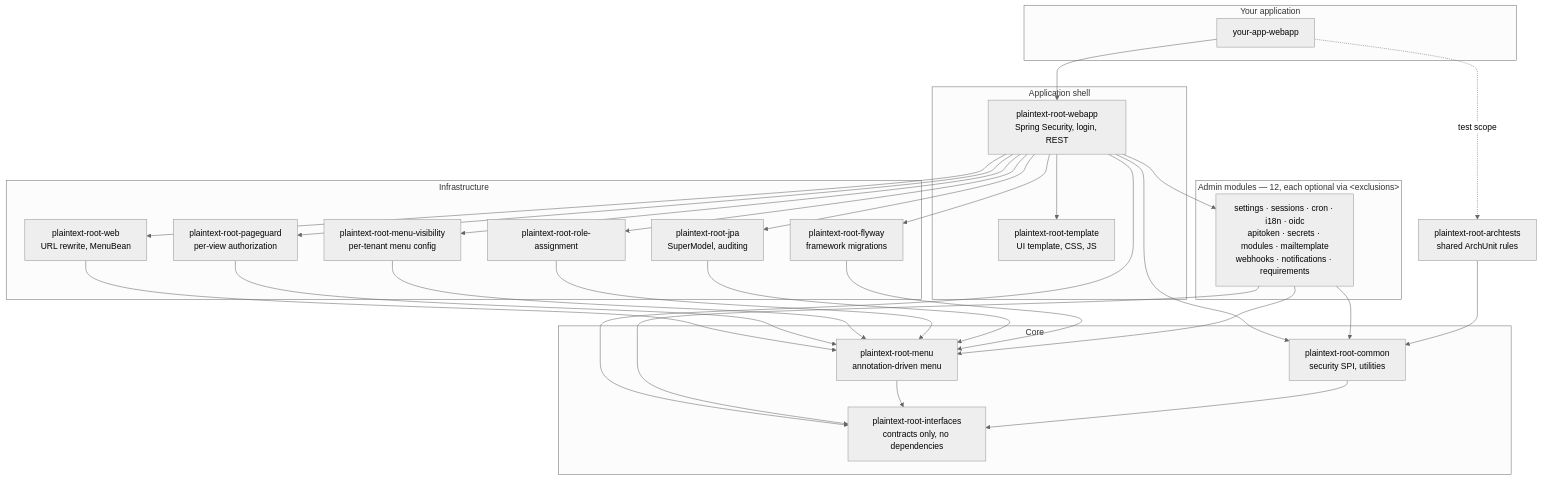
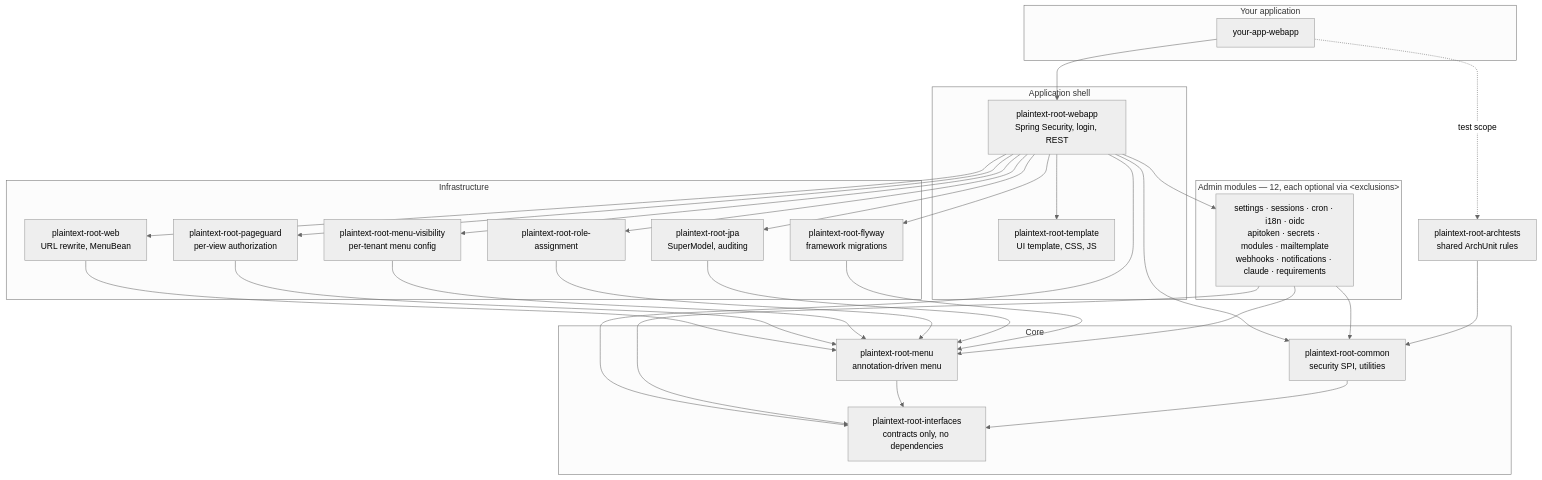
Before and after one commit to Plaintext-Gmbh/plaintext-root: the diagram in README.md, drawn with Mermaid (neutral theme). The commit also changed other lines of this file and 30 other files, not shown here.

First line of the commit message:
Karte 1560: Modul plaintext-admin-claude – Claude-API für alle Module und Monitoring-Seite (#337)

````diff
--- a/README.md
+++ b/README.md
@@ -28,60 +28,60 @@
 ```mermaid
 graph TD
     subgraph app["Your application"]
         APP[your-app-webapp]
     end
 
     subgraph shell["Application shell"]
         WEBAPP[plaintext-root-webapp<br/>Spring Security, login, REST]
         TEMPLATE[plaintext-root-template<br/>UI template, CSS, JS]
     end
 
     subgraph infra["Infrastructure"]
         WEB[plaintext-root-web<br/>URL rewrite, MenuBean]
         PAGEGUARD[plaintext-root-pageguard<br/>per-view authorization]
         VISIBILITY[plaintext-root-menu-visibility<br/>per-tenant menu config]
         ROLES[plaintext-root-role-assignment]
         JPA[plaintext-root-jpa<br/>SuperModel, auditing]
         FLYWAY[plaintext-root-flyway<br/>framework migrations]
     end
 
     subgraph admin["Admin modules — 12, each optional via &lt;exclusions&gt;"]
-        ADMIN[settings · sessions · cron · i18n · oidc<br/>apitoken · secrets · modules · mailtemplate<br/>webhooks · notifications · requirements]
+        ADMIN[settings · sessions · cron · i18n · oidc<br/>apitoken · secrets · modules · mailtemplate<br/>webhooks · notifications · claude · requirements]
     end
 
     subgraph core["Core"]
         MENU[plaintext-root-menu<br/>annotation-driven menu]
         COMMON[plaintext-root-common<br/>security SPI, utilities]
         IFACE[plaintext-root-interfaces<br/>contracts only, no dependencies]
     end
 
     ARCH[plaintext-root-archtests<br/>shared ArchUnit rules]
 
     APP --> WEBAPP
     APP -.->|test scope| ARCH
 
     WEBAPP --> TEMPLATE
     WEBAPP --> WEB
     WEBAPP --> PAGEGUARD
     WEBAPP --> VISIBILITY
     WEBAPP --> ROLES
     WEBAPP --> JPA
     WEBAPP --> FLYWAY
     WEBAPP --> ADMIN
     WEBAPP --> COMMON
     WEBAPP --> IFACE
 
     WEB --> MENU
     PAGEGUARD --> MENU
     VISIBILITY --> MENU
     ROLES --> MENU
     JPA --> MENU
     FLYWAY --> MENU
     ADMIN --> MENU
     ADMIN --> COMMON
     ADMIN --> IFACE
 
     MENU --> IFACE
     COMMON --> IFACE
     ARCH --> COMMON
 ```
````
